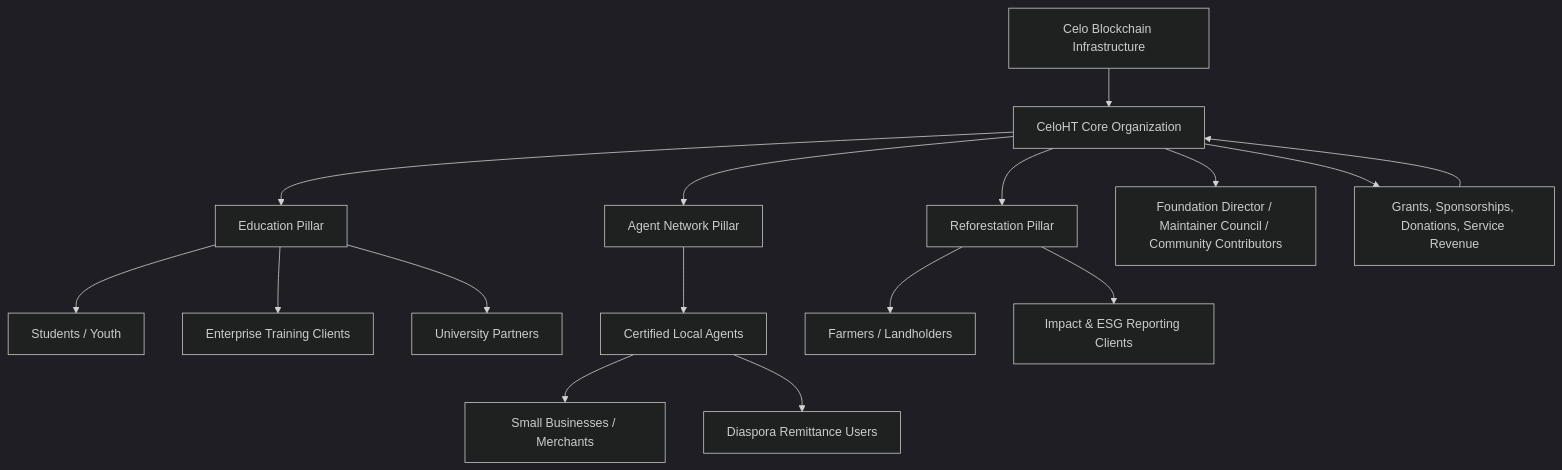
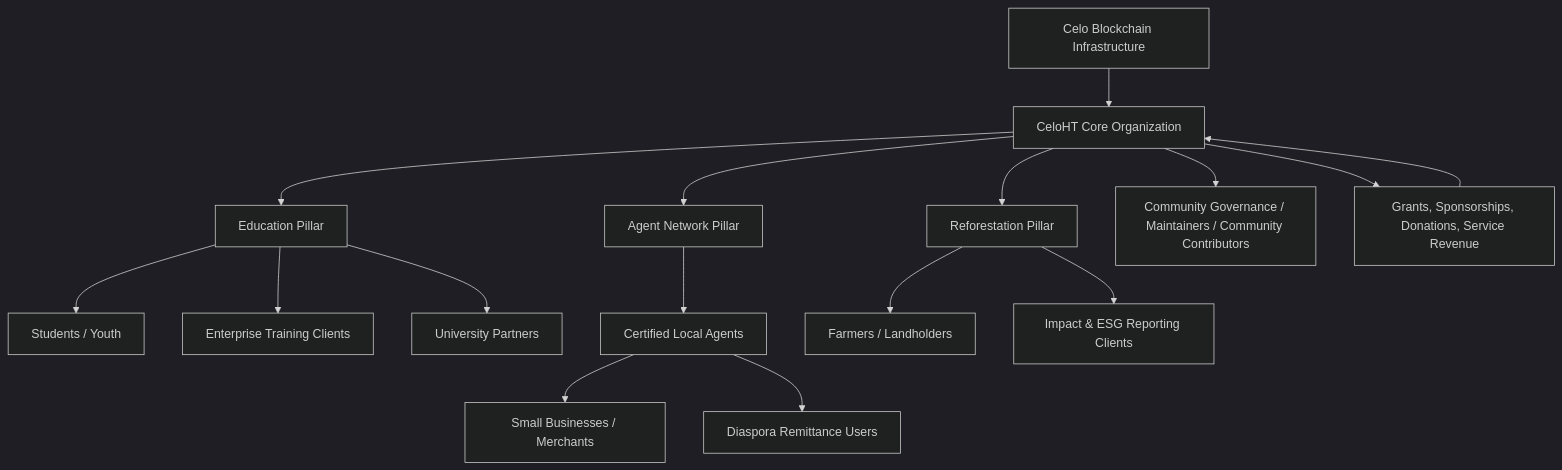
The second of 7 diagrams in BUSINESS.md (Celo-HaiTi/.github), drawn with Mermaid (dark theme) before and after one commit. The commit also changed other lines of this file and 11 other files, not shown here.

````diff
--- a/BUSINESS.md
+++ b/BUSINESS.md
@@ -166,22 +166,22 @@
 ```mermaid
 flowchart TD
     Celo[Celo Blockchain Infrastructure] --> CeloHT[CeloHT Core Organization]
     CeloHT --> Edu[Education Pillar]
     CeloHT --> Agent[Agent Network Pillar]
     CeloHT --> Reforest[Reforestation Pillar]
 
     Edu --> Students[Students / Youth]
     Edu --> Enterprises[Enterprise Training Clients]
     Edu --> Universities[University Partners]
 
     Agent --> LocalAgents[Certified Local Agents]
     LocalAgents --> Merchants[Small Businesses / Merchants]
     LocalAgents --> Diaspora[Diaspora Remittance Users]
 
     Reforest --> Farmers[Farmers / Landholders]
     Reforest --> ImpactReports[Impact & ESG Reporting Clients]
 
-    CeloHT --> Governance[Foundation Director / Maintainer Council / Community Contributors]
+    CeloHT --> Governance[Community Governance / Maintainers / Community Contributors]
     CeloHT --> Funding[Grants, Sponsorships, Donations, Service Revenue]
     Funding --> CeloHT
 ```
````
